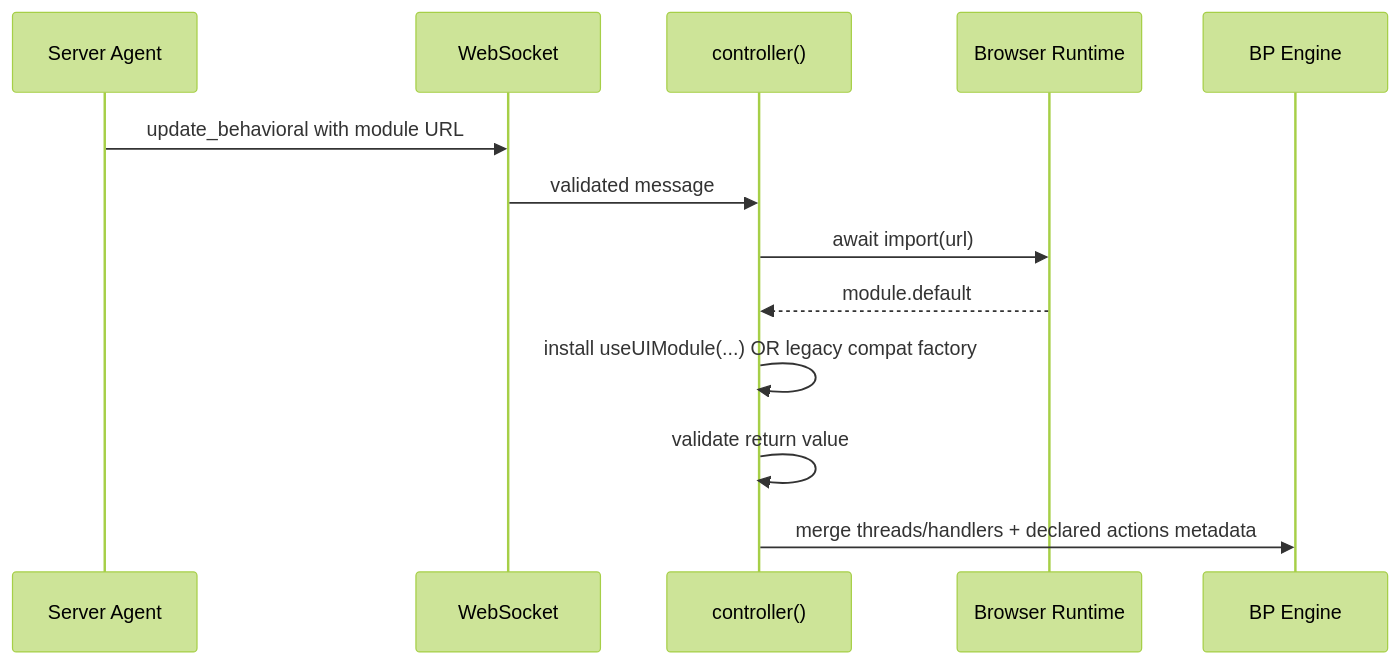
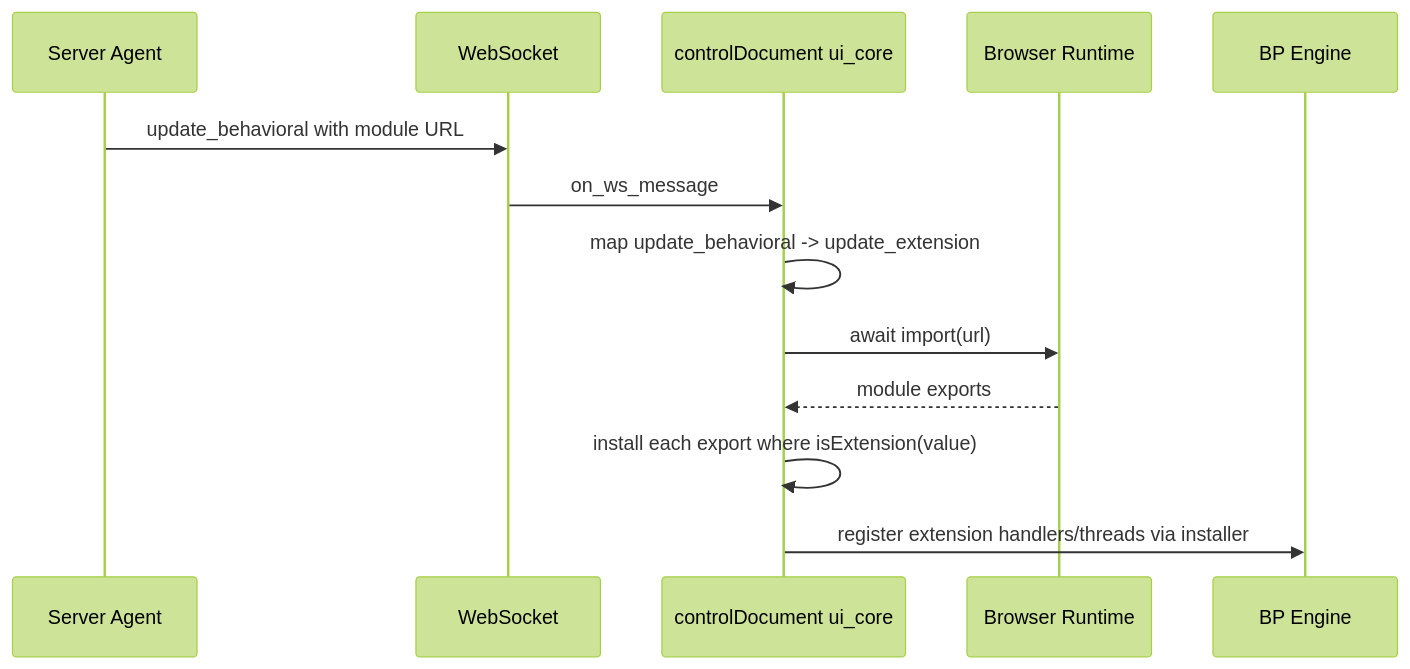
One commit to plaited/plaited changed the diagram in skills/plaited-ui/references/update-behavioral.md. Above: the diagram before and after it, drawn with Mermaid (forest theme). The commit also changed other lines of this file and 23 other files, not shown here.

First line of the commit message:
refactor(ui): inline document runtime core extension

````diff
--- a/skills/plaited-ui/references/update-behavioral.md
+++ b/skills/plaited-ui/references/update-behavioral.md
@@ -14,16 +14,16 @@
 ```mermaid
 sequenceDiagram
     participant Agent as Server Agent
     participant WS as WebSocket
-    participant Controller as controller()
+    participant Core as controlDocument ui_core
     participant Browser as Browser Runtime
     participant BP as BP Engine
 
     Agent->>WS: update_behavioral with module URL
-    WS->>Controller: validated message
-    Controller->>Browser: await import(url)
-    Browser-->>Controller: module.default
-    Controller->>Controller: install useUIModule(...) OR legacy compat factory
-    Controller->>Controller: validate return value
-    Controller->>BP: merge threads/handlers + declared actions metadata
+    WS->>Core: on_ws_message
+    Core->>Core: map update_behavioral -> update_extension
+    Core->>Browser: await import(url)
+    Browser-->>Core: module exports
+    Core->>Core: install each export where isExtension(value)
+    Core->>BP: register extension handlers/threads via installer
 ```
````
